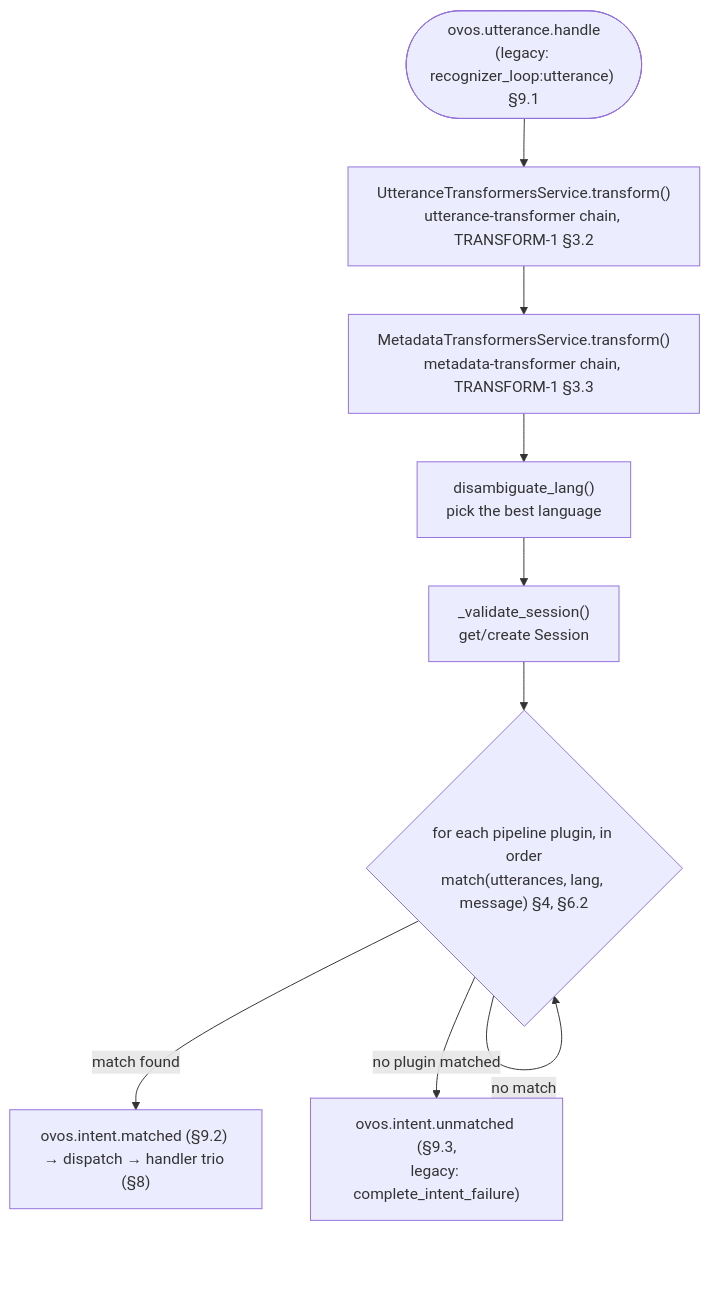
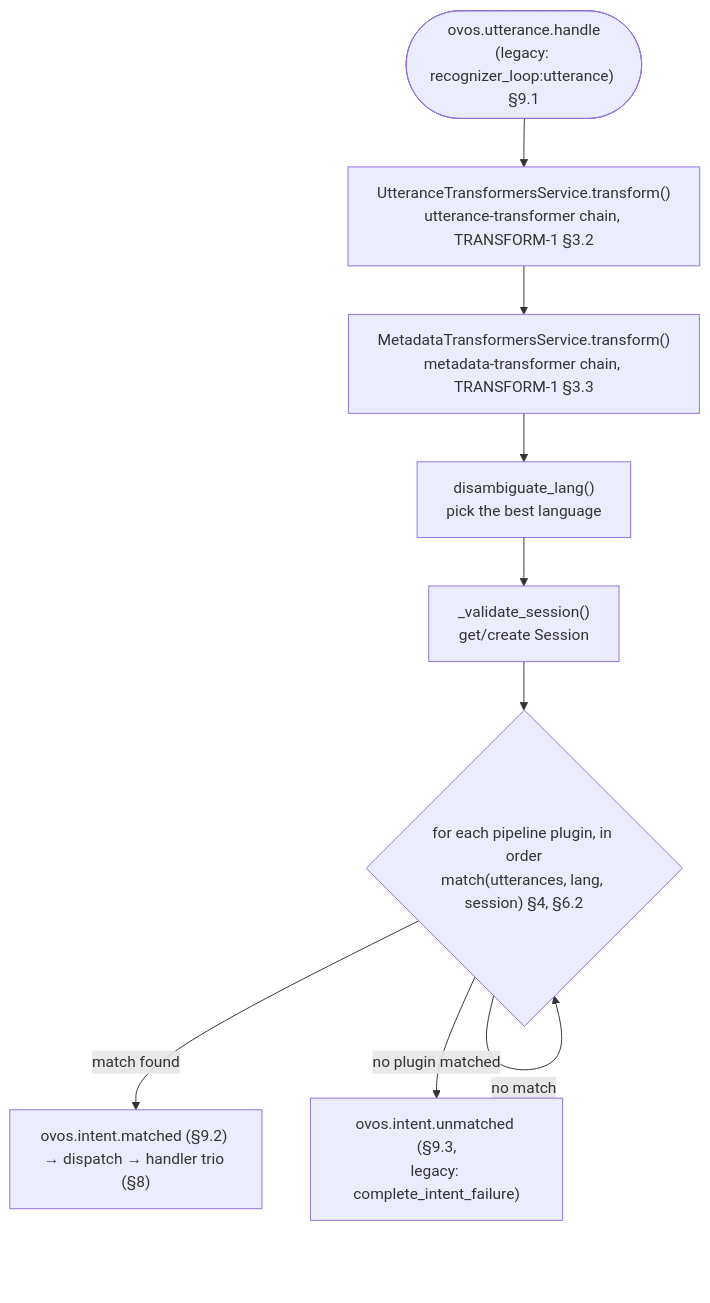
Before and after one commit to OpenVoiceOS/beta-technical-manual: the diagram in docs/intent-service.md, drawn with Mermaid. The commit also changed other lines of this file and 12 other files, not shown here.

First line of the commit message:
docs: quote PIPELINE-1 faithfully — session, not message; fix STOP-1 §5.1

````diff
--- a/docs/intent-service.md
+++ b/docs/intent-service.md
@@ -52,12 +52,12 @@
 ```mermaid
 flowchart TD
     START(["ovos.utterance.handle<br/>(legacy: recognizer_loop:utterance) §9.1"])
     START --> UT["UtteranceTransformersService.transform()<br/>utterance-transformer chain, TRANSFORM-1 §3.2"]
     UT --> MT["MetadataTransformersService.transform()<br/>metadata-transformer chain, TRANSFORM-1 §3.3"]
     MT --> LANG["disambiguate_lang()<br/>pick the best language"]
     LANG --> SESS["_validate_session()<br/>get/create Session"]
-    SESS --> MATCH{"for each pipeline plugin, in order<br/>match(utterances, lang, message) §4, §6.2"}
+    SESS --> MATCH{"for each pipeline plugin, in order<br/>match(utterances, lang, session) §4, §6.2"}
     MATCH -->|match found| MATCHED["ovos.intent.matched (§9.2) → dispatch → handler trio (§8)"]
     MATCH -->|no match| MATCH
     MATCH -->|no plugin matched| UNMATCHED["ovos.intent.unmatched (§9.3,<br/>legacy: complete_intent_failure)"]
 ```
````
